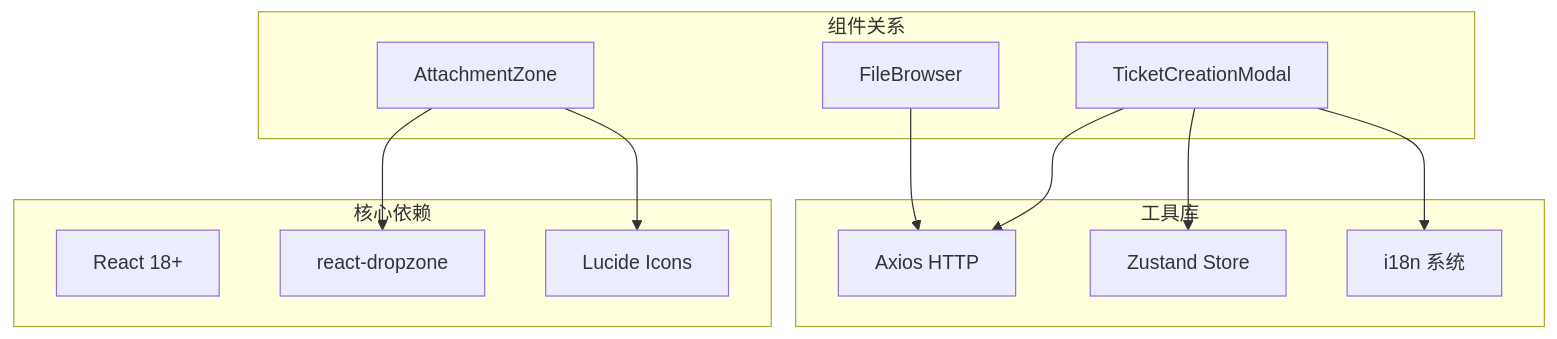
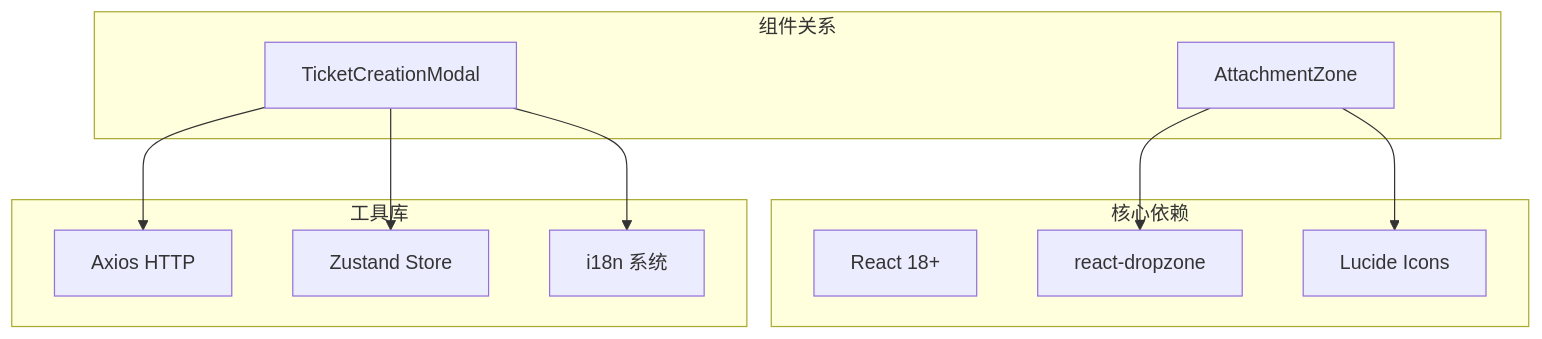
Before and after one commit to CubeEdge/Longhorn: the seventh of 8 diagrams in .qoder/repowiki/zh/content/AttachmentZone 附件上传组件.md, drawn with Mermaid. The commit also changed other lines of this file and 53 other files, not shown here.

````diff
--- a/.qoder/repowiki/zh/content/AttachmentZone 附件上传组件.md
+++ b/.qoder/repowiki/zh/content/AttachmentZone 附件上传组件.md
@@ -288,24 +289,22 @@
 ```mermaid
 graph TB
 subgraph "核心依赖"
 React[React 18+]
 Dropzone[react-dropzone]
 Lucide[Lucide Icons]
 end
 subgraph "工具库"
 Axios[Axios HTTP]
 Zustand[Zustand Store]
 I18N[i18n 系统]
 end
 subgraph "组件关系"
 AZ[AttachmentZone]
 TM[TicketCreationModal]
-FB[FileBrowser]
 end
 AZ --> Dropzone
 AZ --> Lucide
 TM --> Axios
 TM --> Zustand
 TM --> I18N
-FB --> Axios
 ```
````
